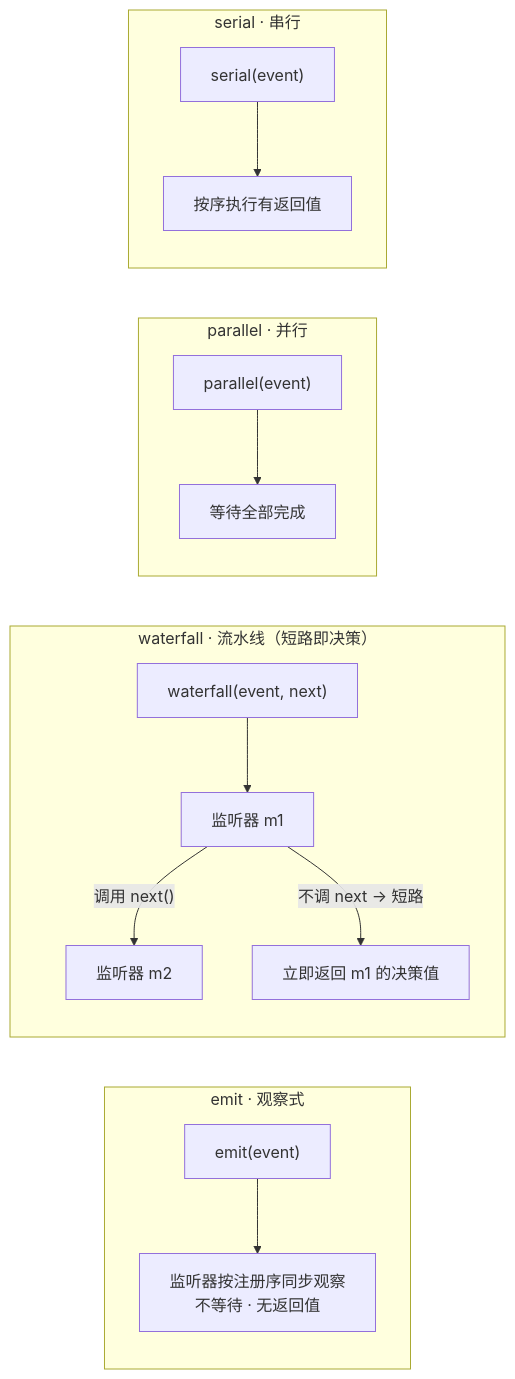
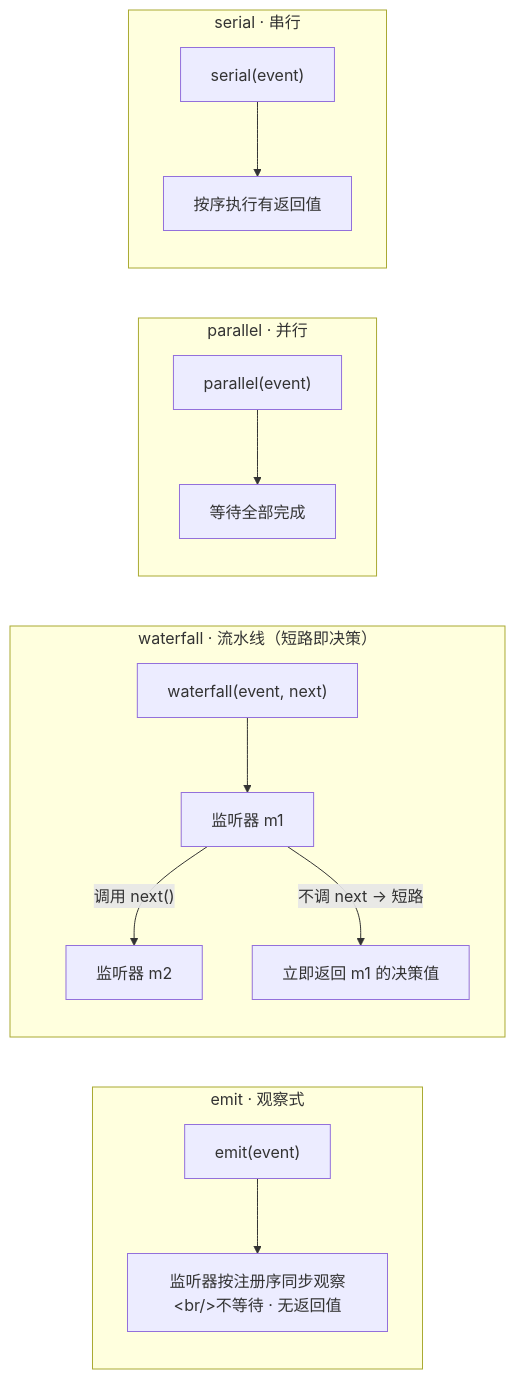
Before and after one commit to ZZKeepCurious/mini-deepseek-harness-python: the diagram in docs/chapters/02-plugin-context-and-event-bus.md, drawn with Mermaid. The commit also changed other lines of this file and 8 other files, not shown here.

````diff
--- a/docs/chapters/02-plugin-context-and-event-bus.md
+++ b/docs/chapters/02-plugin-context-and-event-bus.md
@@ -20,17 +22,17 @@
 ```mermaid
 flowchart LR
   subgraph EM["emit · 观察式"]
-    e1["emit(event)"] --> e2["监听器按注册序同步观察<br/>不等待 · 无返回值"]
+    e1["emit(event)"] --> e2["监听器按注册序同步观察&lt;br/&gt;不等待 · 无返回值"]
   end
   subgraph WF["waterfall · 流水线（短路即决策）"]
     w1["waterfall(event, next)"] --> w2["监听器 m1"]
     w2 -->|"调用 next()"| w3["监听器 m2"]
     w2 -->|"不调 next → 短路"| w4["立即返回 m1 的决策值"]
   end
   subgraph PA["parallel · 并行"]
     p1["parallel(event)"] --> p2["等待全部完成"]
   end
   subgraph SE["serial · 串行"]
     s1["serial(event)"] --> s2["按序执行有返回值"]
   end
 ```
````
